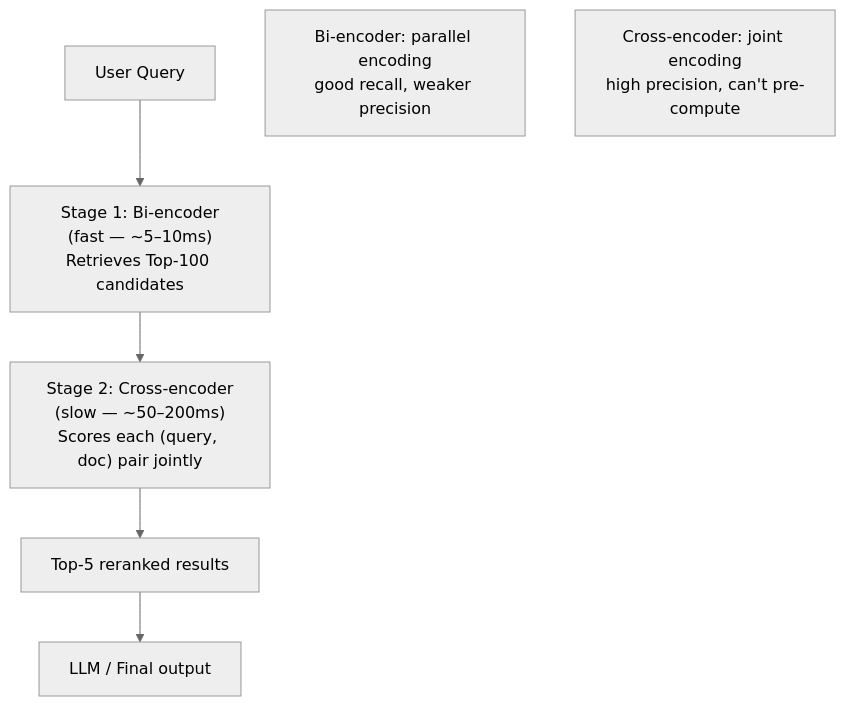
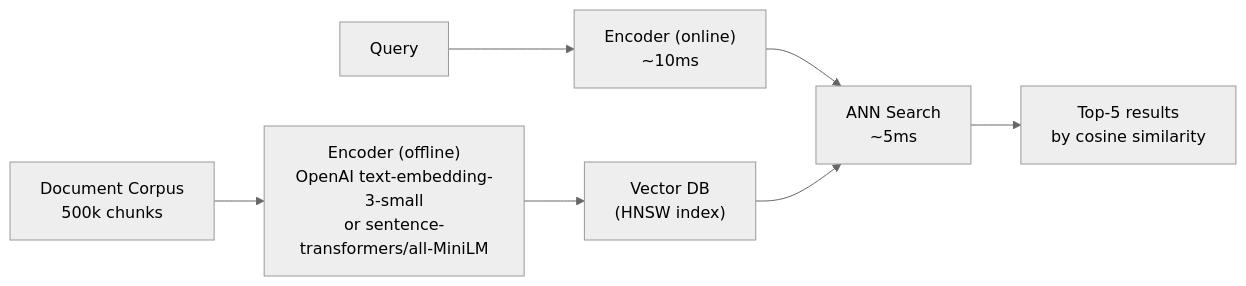
The second of 6 diagrams in docs-site/content/15-vector-databases/concepts/reranking.md (gauravprwl14/system-design-course), drawn with Mermaid (neutral theme) before and after one commit. The commit also changed other lines of this file and 19 other files, not shown here.

````diff
--- a/docs-site/content/15-vector-databases/concepts/reranking.md
+++ b/docs-site/content/15-vector-databases/concepts/reranking.md
@@ -25,9 +125,10 @@
 ```mermaid
-flowchart TD
-    Query["User Query"] --> Stage1["Stage 1: Bi-encoder\n(fast — ~5–10ms)\nRetrieves Top-100 candidates"]
-    Stage1 --> Stage2["Stage 2: Cross-encoder\n(slow — ~50–200ms)\nScores each (query, doc) pair jointly"]
-    Stage2 --> Top5["Top-5 reranked results"]
-    Top5 --> LLM["LLM / Final output"]
-    BiEnc["Bi-encoder: parallel encoding\ngood recall, weaker precision"]
-    CrossEnc["Cross-encoder: joint encoding\nhigh precision, can't pre-compute"]
+flowchart LR
+    DocCorpus["Document Corpus\n500k chunks"] --> EncOff["Encoder (offline)\nOpenAI text-embedding-3-small\nor sentence-transformers/all-MiniLM"]
+    EncOff --> VecDB["Vector DB\n(HNSW index)"]
+
+    Query["Query"] --> EncOnline["Encoder (online)\n~10ms"]
+    EncOnline --> ANN["ANN Search\n~5ms"]
+    VecDB --> ANN
+    ANN --> TopK["Top-5 results\nby cosine similarity"]
 ```
````
